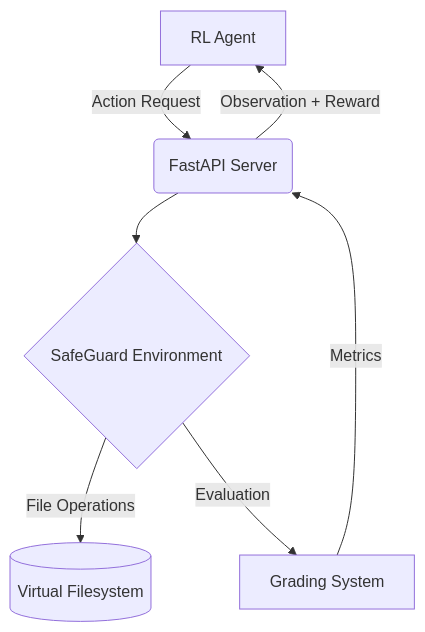
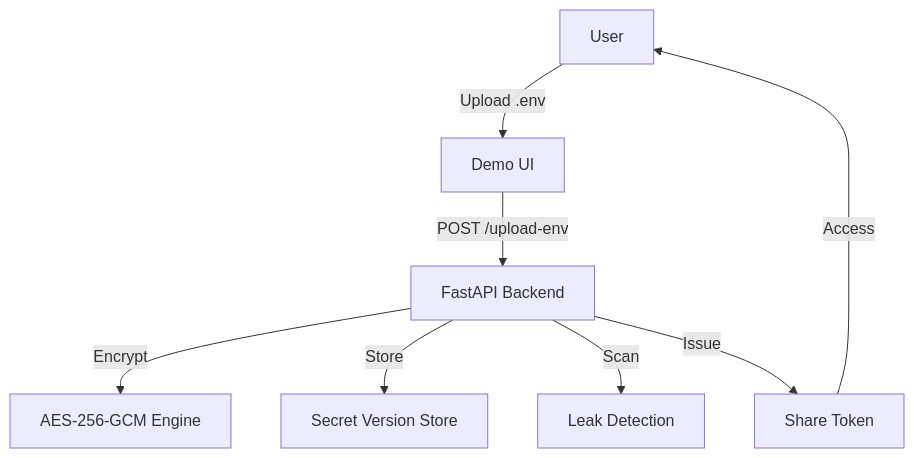
One commit to bhaveshdamani5-crypto/SAFEGUARD-ENV changed the diagram in README.md. Above: the diagram before and after it, drawn with Mermaid. The commit also changed other lines of this file and 38 other files, not shown here.

Commit message:
chore: finalize SafeGuard Env hackathon-ready repo with backend demo and docs

````diff
--- a/README.md
+++ b/README.md
@@ -149,9 +43,10 @@
 ```mermaid
 graph TD
-    A[RL Agent] -->|Action Request| B(FastAPI Server)
-    B --> C{SafeGuard Environment}
-    C -->|File Operations| D[(Virtual Filesystem)]
-    C -->|Evaluation| E[Grading System]
-    E -->|Metrics| B
-    B -->|Observation + Reward| A
+  A[User] -->|Upload .env| B[Demo UI]
+  B -->|POST /upload-env| C[FastAPI Backend]
+  C -->|Encrypt| D[AES-256-GCM Engine]
+  C -->|Store| E[Secret Version Store]
+  C -->|Scan| F[Leak Detection]
+  C -->|Issue| G[Share Token]
+  G -->|Access| A
 ```
````
